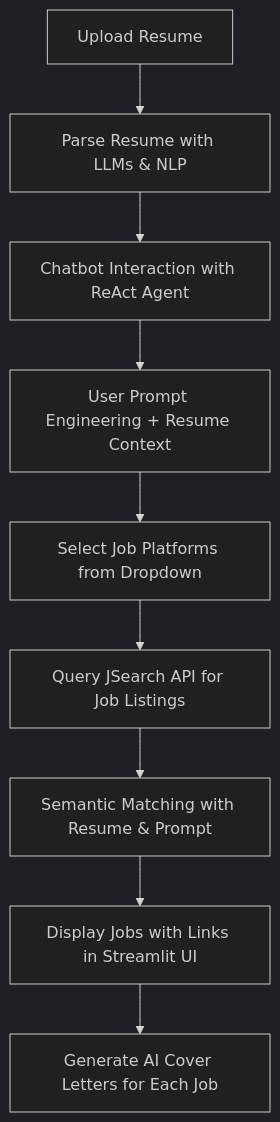
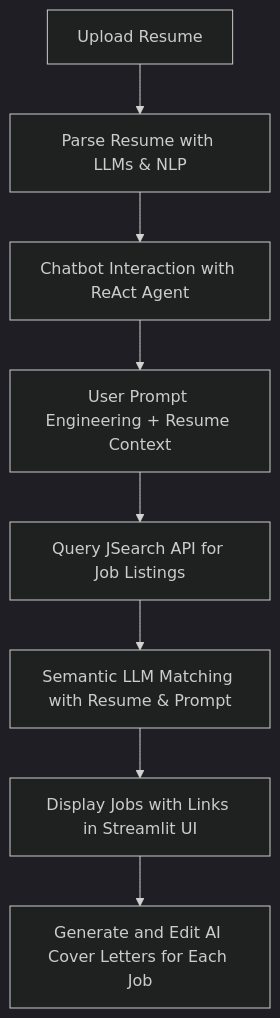
One commit to sakethpodila/SmartIntern changed the diagram in README.md. Above: the diagram before and after it, drawn with Mermaid (dark theme). The commit also changed other lines of this file, not shown here.

````diff
--- a/README.md
+++ b/README.md
@@ -22,11 +22,10 @@
 ```mermaid
 graph TD
 A[Upload Resume] --> B[Parse Resume with LLMs & NLP]
 B --> C[Chatbot Interaction with ReAct Agent]
 C --> D[User Prompt Engineering + Resume Context]
-D --> E[Select Job Platforms from Dropdown]
-E --> F[Query JSearch API for Job Listings]
-F --> G[Semantic Matching with Resume & Prompt]
-G --> H[Display Jobs with Links in Streamlit UI]
-H --> I[Generate AI Cover Letters for Each Job]
+D --> E[Query JSearch API for Job Listings]
+E --> F[Semantic LLM Matching with Resume & Prompt]
+F --> G[Display Jobs with Links in Streamlit UI]
+G --> H[Generate and Edit AI Cover Letters for Each Job]
 ```
````
